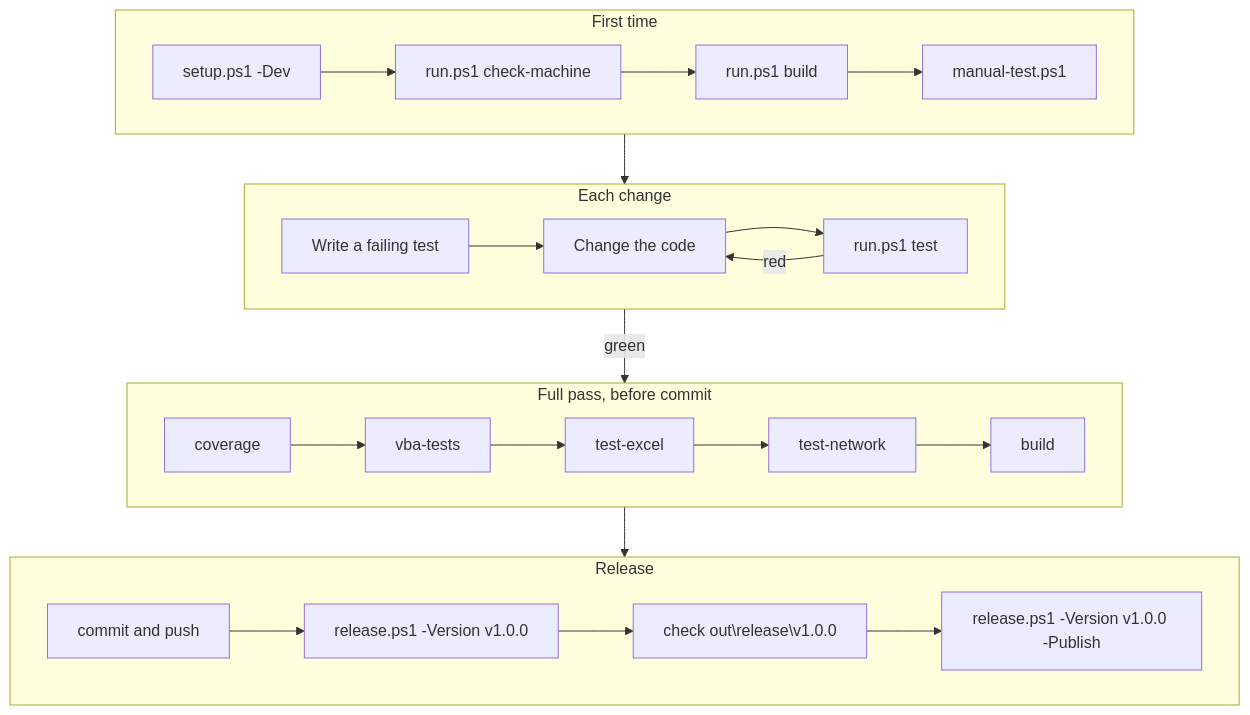
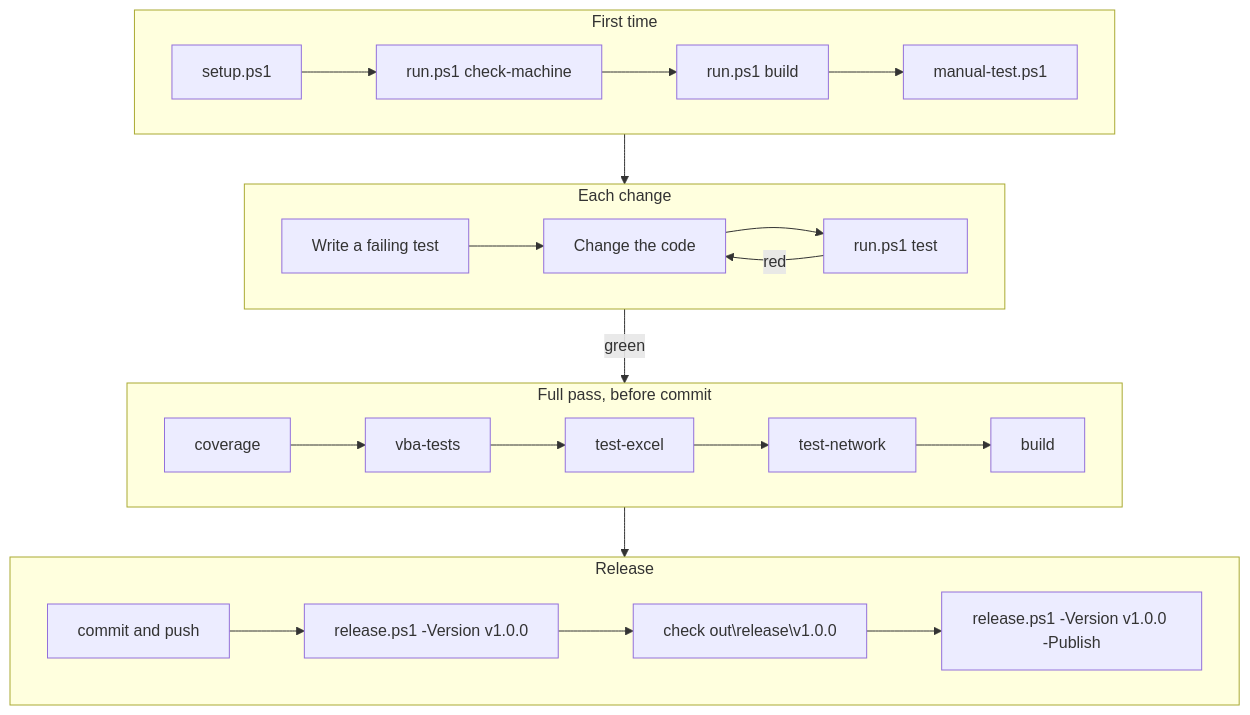
Before and after one commit to AlexisAIchangeAgent/jira2dashboard: the diagram in README.md, drawn with Mermaid. The commit also changed other lines of this file and 8 other files, not shown here.

First line of the commit message:
setup.ps1 installs everything by default: one requirements.txt (pywin32 + test tools), no -Dev, no requirements-dev.txt

````diff
--- a/README.md
+++ b/README.md
@@ -180,23 +180,23 @@
 ```mermaid
 flowchart TD
     subgraph setup ["First time"]
         direction LR
-        s1["setup.ps1 -Dev"] --> s2["run.ps1 check-machine"] --> s3["run.ps1 build"] --> s4["manual-test.ps1"]
+        s1["setup.ps1"] --> s2["run.ps1 check-machine"] --> s3["run.ps1 build"] --> s4["manual-test.ps1"]
     end
     subgraph change ["Each change"]
         direction LR
         c1["Write a failing test"] --> c2["Change the code"] --> c3["run.ps1 test"]
         c3 -->|red| c2
     end
     subgraph pass ["Full pass, before commit"]
         direction LR
         f1["coverage"] --> f2["vba-tests"] --> f3["test-excel"] --> f4["test-network"] --> f5["build"]
     end
     subgraph release ["Release"]
         direction LR
         r1["commit and push"] --> r2["release.ps1 -Version v1.0.0"] --> r3["check out\release\v1.0.0"] --> r4["release.ps1 -Version v1.0.0 -Publish"]
     end
     setup --> change
     change -->|green| pass
     pass --> release
 ```
````
